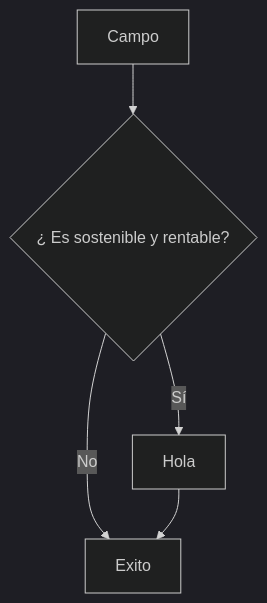
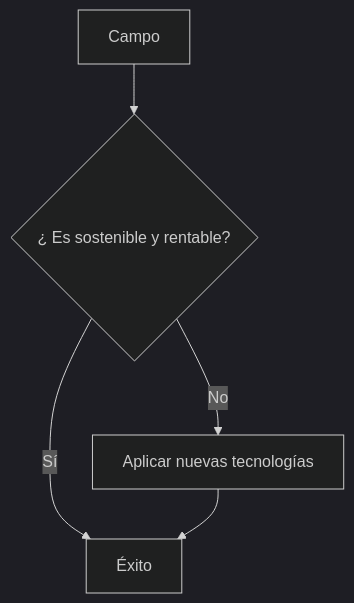
Before and after one commit to Raderigo/Raderigo: the diagram in README.md, drawn with Mermaid (dark theme).

````diff
--- a/README.md
+++ b/README.md
@@ -21,8 +21,8 @@
 ```mermaid
 graph TD;
     A[Campo];
     A --> B{¿ Es sostenible y rentable?};
-    B -->|Sí| C[Resultado A];
-    B -->|No| D[Resultado B];
-    C[Hola] --> D[Exito];
+    B -->|Sí| D;
+    B -->|No| C ;
+    C[Aplicar nuevas tecnologías] --> D[Éxito];
 ```
````
